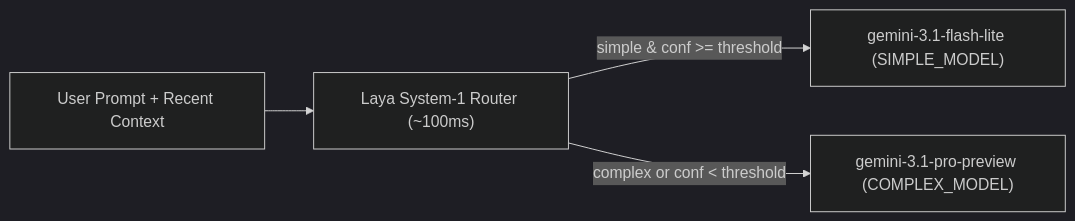
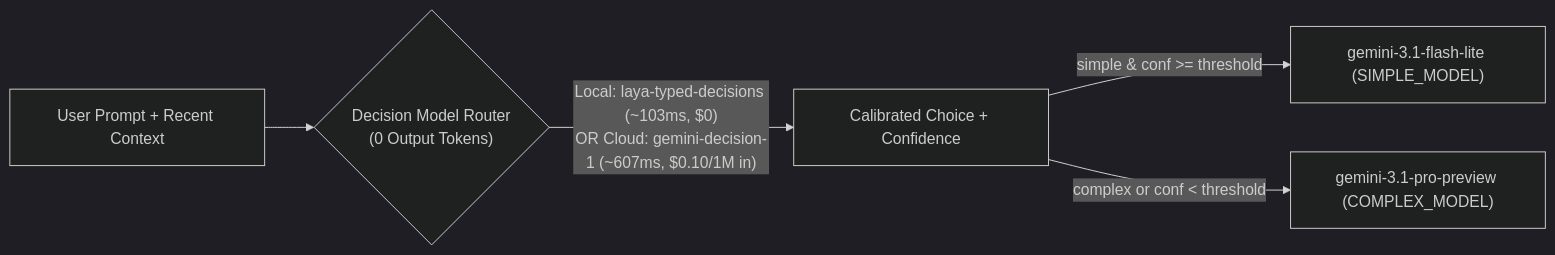
One commit to dmoonat/llm-model-router changed the diagram in README.md. Above: the diagram before and after it, drawn with Mermaid (dark theme). The commit also changed other lines of this file, not shown here.

````diff
--- a/README.md
+++ b/README.md
@@ -47,6 +46,7 @@
 ```mermaid
 flowchart LR
-    U["User Prompt + Recent Context"] --> L["Laya System-1 Router (~100ms)"]
-    L -->|"simple & conf >= threshold"| F["gemini-3.1-flash-lite (SIMPLE_MODEL)"]
-    L -->|"complex or conf < threshold"| P["gemini-3.1-pro-preview (COMPLEX_MODEL)"]
+    U["User Prompt + Recent Context"] --> D{"Decision Model Router\n(0 Output Tokens)"}
+    D -->|"Local: laya-typed-decisions (~103ms, $0)\nOR Cloud: gemini-decision-1 (~607ms, $0.10/1M in)"| R["Calibrated Choice + Confidence"]
+    R -->|"simple & conf >= threshold"| F["gemini-3.1-flash-lite (SIMPLE_MODEL)"]
+    R -->|"complex or conf < threshold"| P["gemini-3.1-pro-preview (COMPLEX_MODEL)"]
 ```
````
